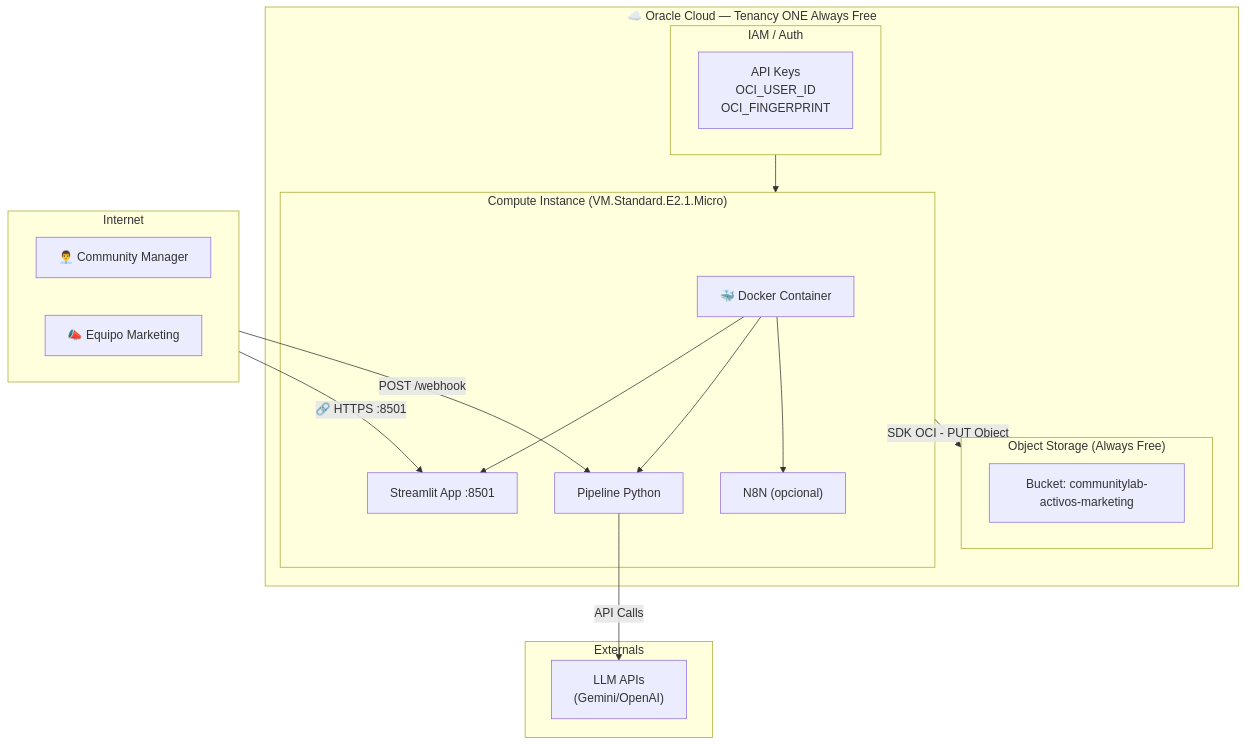
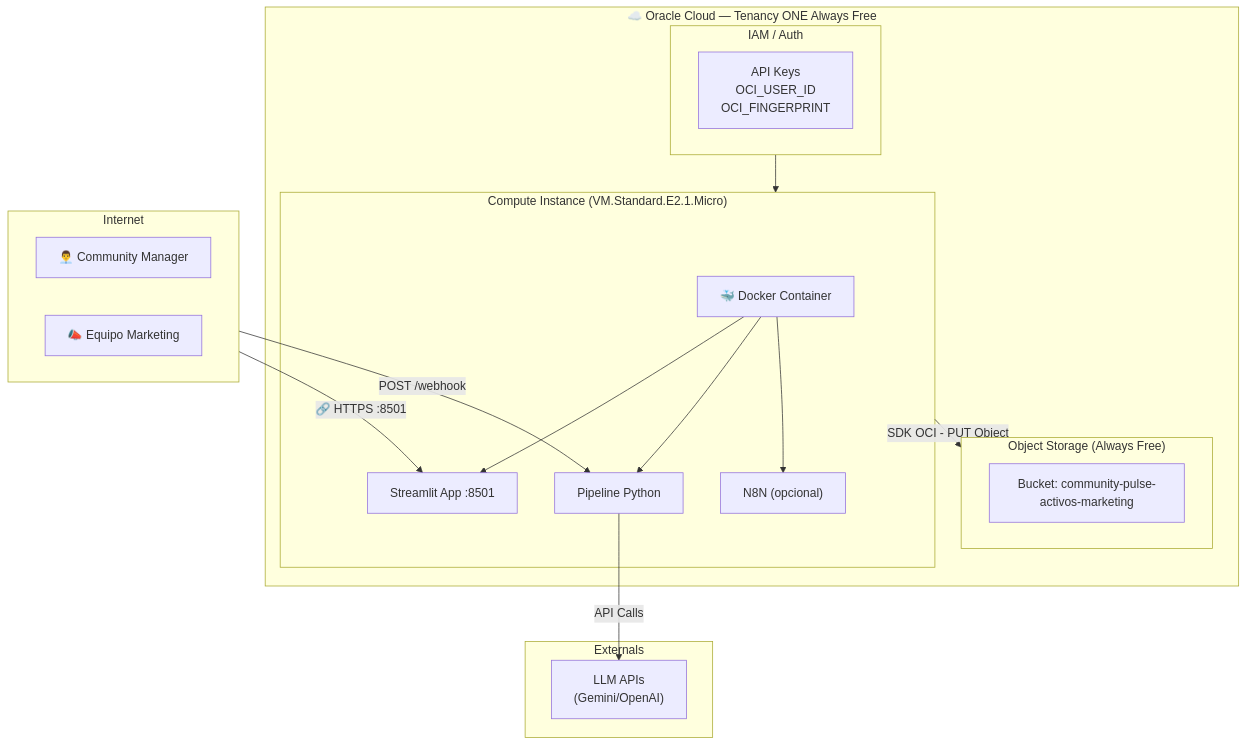
Before and after one commit to Rox-0864/community-pulse: the fourth of 5 diagrams in arquitectura.md, drawn with Mermaid. The commit also changed other lines of this file and 51 other files, not shown here.

Commit message:
refactor: rename project to Community Pulse

````diff
--- a/arquitectura.md
+++ b/arquitectura.md
@@ -234,38 +234,38 @@
 ```mermaid
 flowchart TB
     subgraph OCI_TENANCY["☁️ Oracle Cloud — Tenancy ONE Always Free"]
         subgraph COMPUTE["Compute Instance (VM.Standard.E2.1.Micro)"]
             DOCKER["🐳 Docker Container"]
             STREAMLIT["Streamlit App :8501"]
             PIPELINE["Pipeline Python"]
             N8N_OPT["N8N (opcional)"]
             DOCKER --> STREAMLIT
             DOCKER --> PIPELINE
             DOCKER --> N8N_OPT
         end
 
         subgraph STORAGE_OCI["Object Storage (Always Free)"]
-            BUCK["Bucket: communitylab-activos-marketing"]
+            BUCK["Bucket: community-pulse-activos-marketing"]
         end
 
         subgraph AUTH["IAM / Auth"]
             API_KEY["API Keys\nOCI_USER_ID\nOCI_FINGERPRINT"]
         end
 
         COMPUTE -->|"SDK OCI - PUT Object"| STORAGE_OCI
         AUTH --> COMPUTE
     end
 
     subgraph INTERNET["Internet"]
         CM["👨‍💼 Community Manager"]
         MKT["📣 Equipo Marketing"]
     end
 
     INTERNET -->|"🔗 HTTPS :8501"| STREAMLIT
     INTERNET -->|"POST /webhook"| PIPELINE
 
     subgraph EXT["Externals"]
         LLM_API["LLM APIs<br/>(Gemini/OpenAI)"]
     end
     PIPELINE -->|"API Calls"| LLM_API
 ```
````
